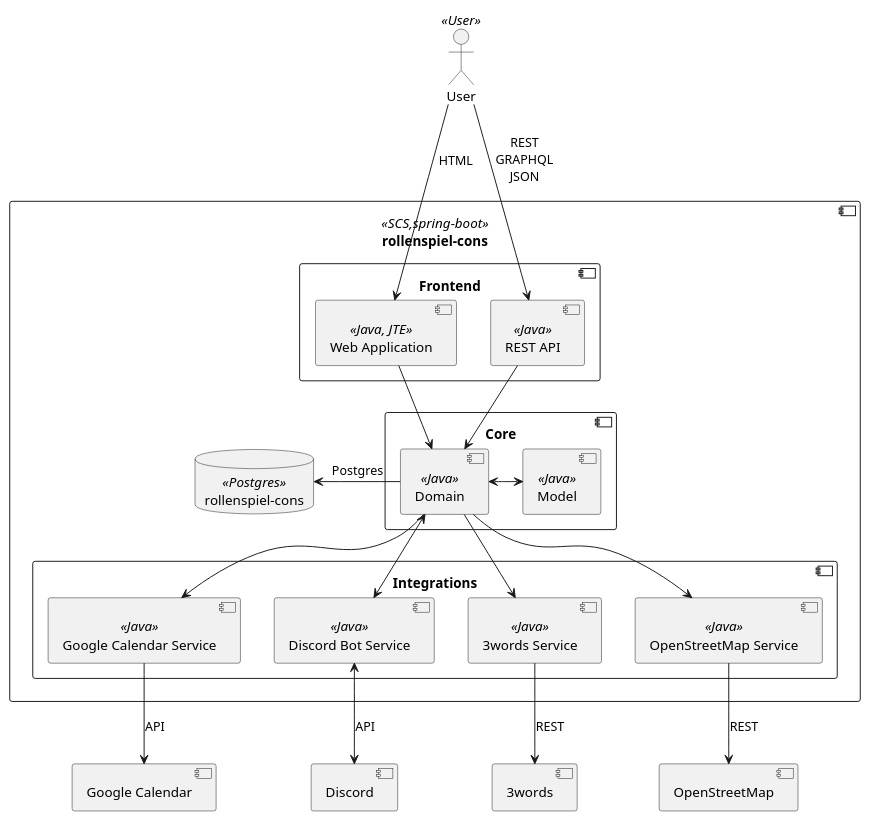
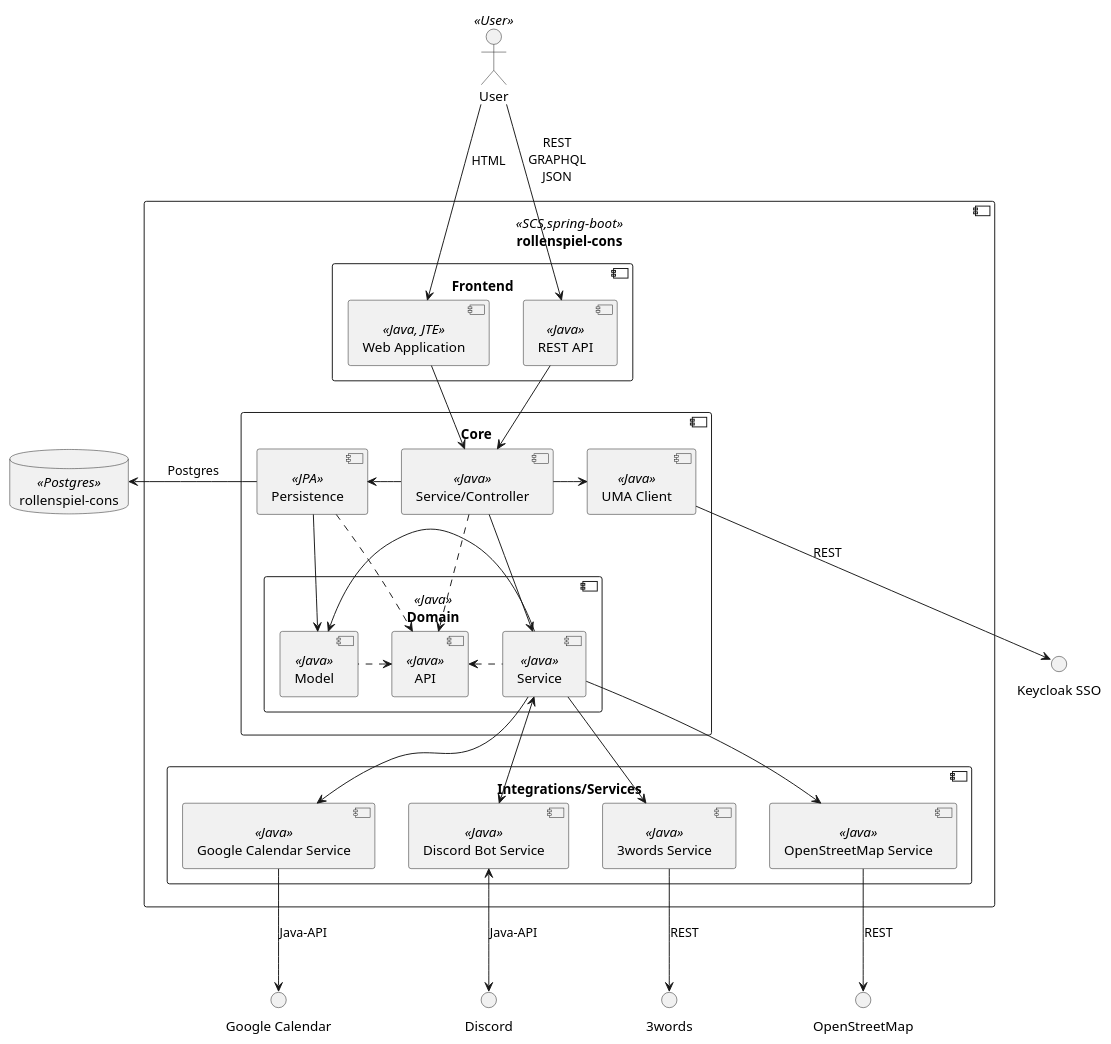
The diagram in docs/modules/arc42/pages/05_building_block_view/level_2_scs.adoc (Paladins-Inn/rollenspiel-cons), drawn with PlantUML before and after one commit. The commit also changed 16 other files, not shown here.

Commit message:
feat(iam): Adding the UMA client and some more documentation

```diff
--- a/docs/modules/arc42/pages/05_building_block_view/level_2_scs.adoc
+++ b/docs/modules/arc42/pages/05_building_block_view/level_2_scs.adoc
@@ -4,56 +4,72 @@
 [plantuml, scs-level-2]
 ----
 @startuml scs-level-2
 
 actor "User" <<User>> as ingress
+
+  database "rollenspiel-cons" <<Postgres>> as data
+  circle "Keycloak SSO" as keycloak
 
 component "rollenspiel-cons" <<SCS,spring-boot>> as service {
   component "Frontend" as frontend {
     [Web Application] <<Java, JTE>> as app
     [REST API] <<Java>> as api
   }
 
+
   component "Core" as core {
-    [Domain] <<Java>> as domain
-    [Model] <<Java>> as model
-
+    [Service/Controller] <<Java>> as servicecore
+    [Persistence] <<JPA>> as persistence
+    component "Domain" <<Java>> as domain {
+      [API] <<Java>> as apicore
+      [Model] <<Java>> as model
+      [Service] <<Java>> as domainservice
+    }
+    [UMA Client] <<Java>> as uma
   }
 
 
-  component "Integrations" as integrations {
+  component "Integrations/Services" as integrations {
     [Google Calendar Service] <<Java>> as gcalsvc
     [Discord Bot Service] <<Java>> as discordsvc
     [3words Service] <<Java>> as what3wordssvc
     [OpenStreetMap Service] <<Java>> as osmsvc
   }
-
-  database "rollenspiel-cons" <<Postgres>> as data
 }
-
 
 ingress --> app : HTML
 ingress --> api : REST\nGRAPHQL\nJSON
 
-app --> domain
-api --> domain
+app --> servicecore
+api --> servicecore
 
-domain <-right-> model
-domain -left-> data : Postgres
+servicecore --> domainservice
+servicecore -left-> persistence
+servicecore .down.> apicore
+servicecore -right-> uma
+domainservice -left-> model
+domainservice .left.> apicore
+model .left.> apicore
 
-domain --> gcalsvc
-domain <--> discordsvc
-domain --> what3wordssvc
-domain --> osmsvc
+model <-- persistence
+persistence -left-> data : Postgres
+persistence .down.> apicore
 
-[Google Calendar] as gcal
-[Discord] as discord
-[OpenStreetMap] as osm
-[3words] as what3words
+gcalsvc <-up- domainservice
+discordsvc <-up-> domainservice
+what3wordssvc <-up- domainservice
+osmsvc <-up- domainservice
 
-gcalsvc --> gcal : API
-discordsvc <--> discord : API
-osmsvc --> osm : REST
-what3wordssvc --> what3words : REST
+circle "Google Calendar" as gcal
+circle "Discord" as discord
+circle "OpenStreetMap" as osm
+circle "3words" as what3words
+
+gcalsvc -down-> gcal : Java-API
+discordsvc <-down-> discord : Java-API
+osmsvc -down-> osm : REST
+what3wordssvc -down-> what3words : REST
+uma -down-> keycloak : REST
 
 @enduml
 ----
```
